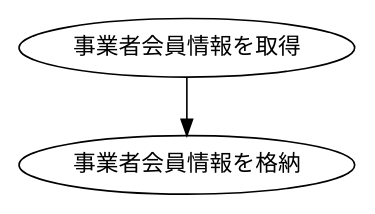
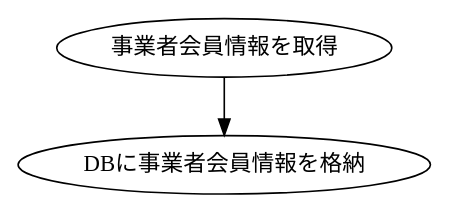
Before and after one commit to KUT-Group12/internal_design: the diagram in dot/sato/InputBusinessInformation.dot, drawn with Graphviz. The commit also changed 5 other files, not shown here.

```diff
--- a/dot/sato/InputBusinessInformation.dot
+++ b/dot/sato/InputBusinessInformation.dot
@@ -1,8 +1,8 @@
 digraph G {
     #include "style.doth"
 
     get[label = "事業者会員情報を取得"]
-    db[label = "事業者会員情報を格納"]
-    
+    db[label = "DBに事業者会員情報を格納"]
+
     get -> db
 }
```
